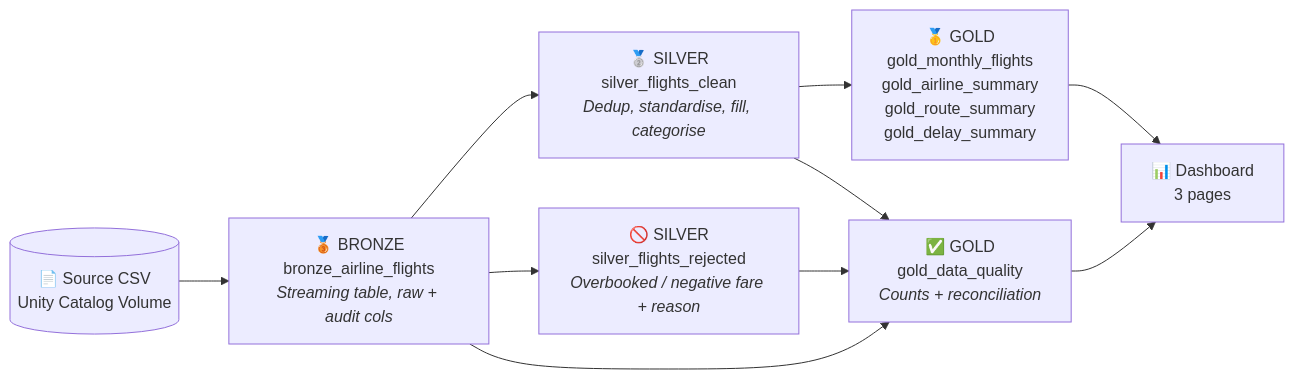
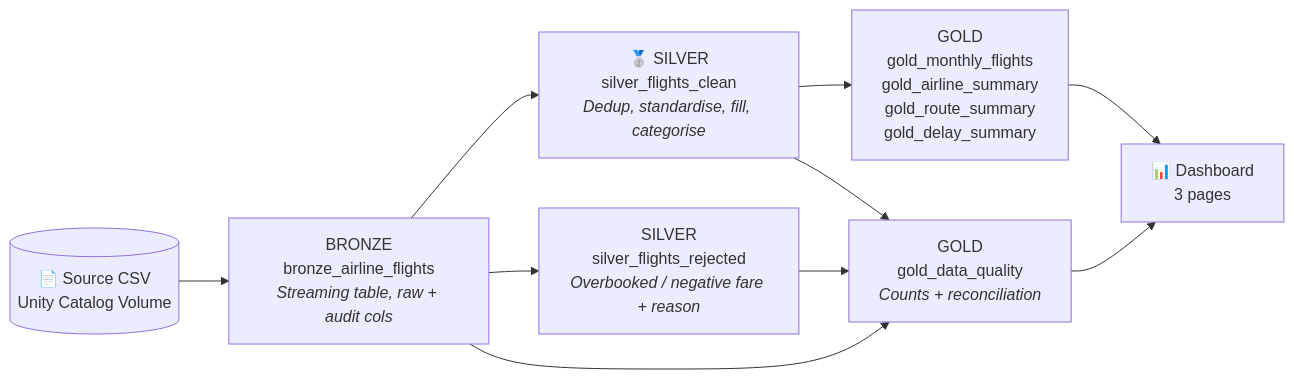
Before and after one commit to marvakhan-data/Data_Engineering_Projects: the diagram in Airline Flight Operations Analytics Project/README.md, drawn with Mermaid. The commit also changed other lines of this file and 6 other files, not shown here.

````diff
--- a/Airline Flight Operations Analytics Project/README.md
+++ b/Airline Flight Operations Analytics Project/README.md
@@ -59,12 +59,12 @@
 ```mermaid
 flowchart LR
-    A[("📄 Source CSV<br/>Unity Catalog Volume")] --> B["🥉 BRONZE<br/>bronze_airline_flights<br/><i>Streaming table, raw + audit cols</i>"]
+    A[("📄 Source CSV<br/>Unity Catalog Volume")] --> B[" BRONZE<br/>bronze_airline_flights<br/><i>Streaming table, raw + audit cols</i>"]
     B --> C["🥈 SILVER<br/>silver_flights_clean<br/><i>Dedup, standardise, fill, categorise</i>"]
-    B --> D["🚫 SILVER<br/>silver_flights_rejected<br/><i>Overbooked / negative fare + reason</i>"]
-    C --> E["🥇 GOLD<br/>gold_monthly_flights<br/>gold_airline_summary<br/>gold_route_summary<br/>gold_delay_summary"]
-    B --> F["✅ GOLD<br/>gold_data_quality<br/><i>Counts + reconciliation</i>"]
+    B --> D[" SILVER<br/>silver_flights_rejected<br/><i>Overbooked / negative fare + reason</i>"]
+    C --> E[" GOLD<br/>gold_monthly_flights<br/>gold_airline_summary<br/>gold_route_summary<br/>gold_delay_summary"]
+    B --> F[" GOLD<br/>gold_data_quality<br/><i>Counts + reconciliation</i>"]
     C --> F
     D --> F
     E --> G["📊 Dashboard<br/>3 pages"]
     F --> G
 ```
````
